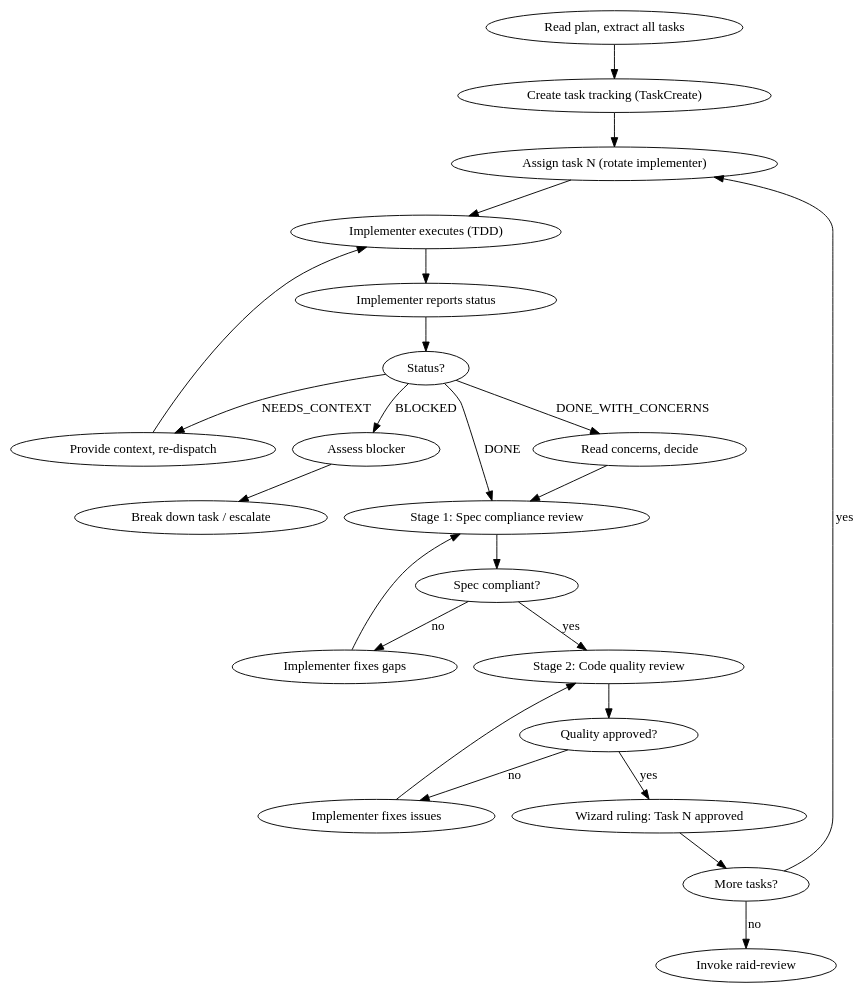
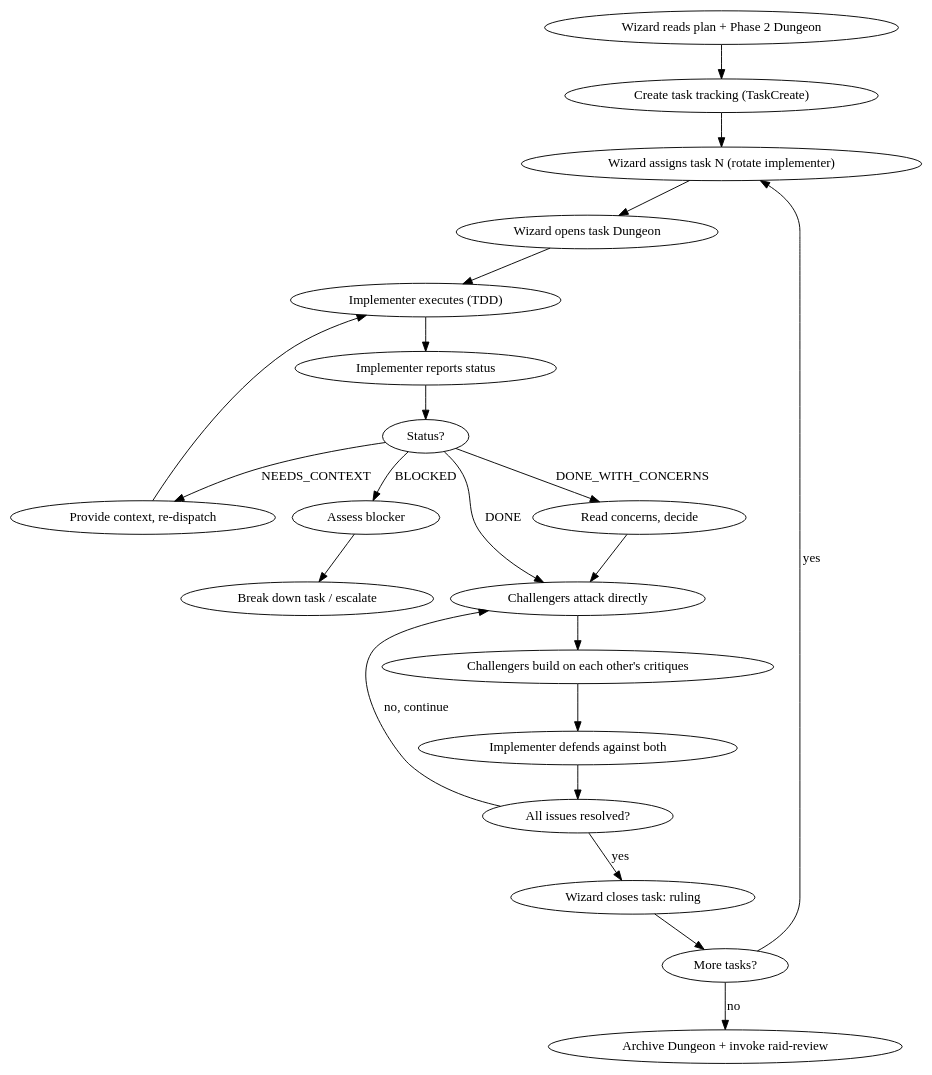
Before and after one commit to pedropicardi/claude-raid: the diagram in template/.claude/skills/raid-implementation/SKILL.md, drawn with Graphviz. The commit also changed other lines of this file, not shown here.

Commit message:
feat(skills): rewrite raid-implementation with direct challenger interaction

````diff
--- a/template/.claude/skills/raid-implementation/SKILL.md
+++ b/template/.claude/skills/raid-implementation/SKILL.md
@@ -24,27 +24,25 @@
 ```dot
 digraph implementation {
-  "Read plan, extract all tasks" -> "Create task tracking (TaskCreate)";
-  "Create task tracking (TaskCreate)" -> "Assign task N (rotate implementer)";
-  "Assign task N (rotate implementer)" -> "Implementer executes (TDD)";
+  "Wizard reads plan + Phase 2 Dungeon" -> "Create task tracking (TaskCreate)";
+  "Create task tracking (TaskCreate)" -> "Wizard assigns task N (rotate implementer)";
+  "Wizard assigns task N (rotate implementer)" -> "Wizard opens task Dungeon";
+  "Wizard opens task Dungeon" -> "Implementer executes (TDD)";
   "Implementer executes (TDD)" -> "Implementer reports status";
   "Implementer reports status" -> "Status?" [shape=diamond];
-  "Status?" -> "Stage 1: Spec compliance review" [label="DONE"];
+  "Status?" -> "Challengers attack directly" [label="DONE"];
   "Status?" -> "Read concerns, decide" [label="DONE_WITH_CONCERNS"];
   "Status?" -> "Provide context, re-dispatch" [label="NEEDS_CONTEXT"];
   "Status?" -> "Assess blocker" [label="BLOCKED"];
-  "Read concerns, decide" -> "Stage 1: Spec compliance review";
+  "Read concerns, decide" -> "Challengers attack directly";
   "Provide context, re-dispatch" -> "Implementer executes (TDD)";
   "Assess blocker" -> "Break down task / escalate";
-  "Stage 1: Spec compliance review" -> "Spec compliant?" [shape=diamond];
-  "Spec compliant?" -> "Implementer fixes gaps" [label="no"];
-  "Implementer fixes gaps" -> "Stage 1: Spec compliance review";
-  "Spec compliant?" -> "Stage 2: Code quality review" [label="yes"];
-  "Stage 2: Code quality review" -> "Quality approved?" [shape=diamond];
-  "Quality approved?" -> "Implementer fixes issues" [label="no"];
-  "Implementer fixes issues" -> "Stage 2: Code quality review";
-  "Quality approved?" -> "Wizard ruling: Task N approved" [label="yes"];
-  "Wizard ruling: Task N approved" -> "More tasks?" [shape=diamond];
-  "More tasks?" -> "Assign task N (rotate implementer)" [label="yes"];
-  "More tasks?" -> "Invoke raid-review" [label="no", shape=doublecircle];
+  "Challengers attack directly" -> "Challengers build on each other's critiques";
+  "Challengers build on each other's critiques" -> "Implementer defends against both";
+  "Implementer defends against both" -> "All issues resolved?" [shape=diamond];
+  "All issues resolved?" -> "Challengers attack directly" [label="no, continue"];
+  "All issues resolved?" -> "Wizard closes task: ruling" [label="yes"];
+  "Wizard closes task: ruling" -> "More tasks?" [shape=diamond];
+  "More tasks?" -> "Wizard assigns task N (rotate implementer)" [label="yes"];
+  "More tasks?" -> "Archive Dungeon + invoke raid-review" [label="no", shape=doublecircle];
 }
 ```
````
